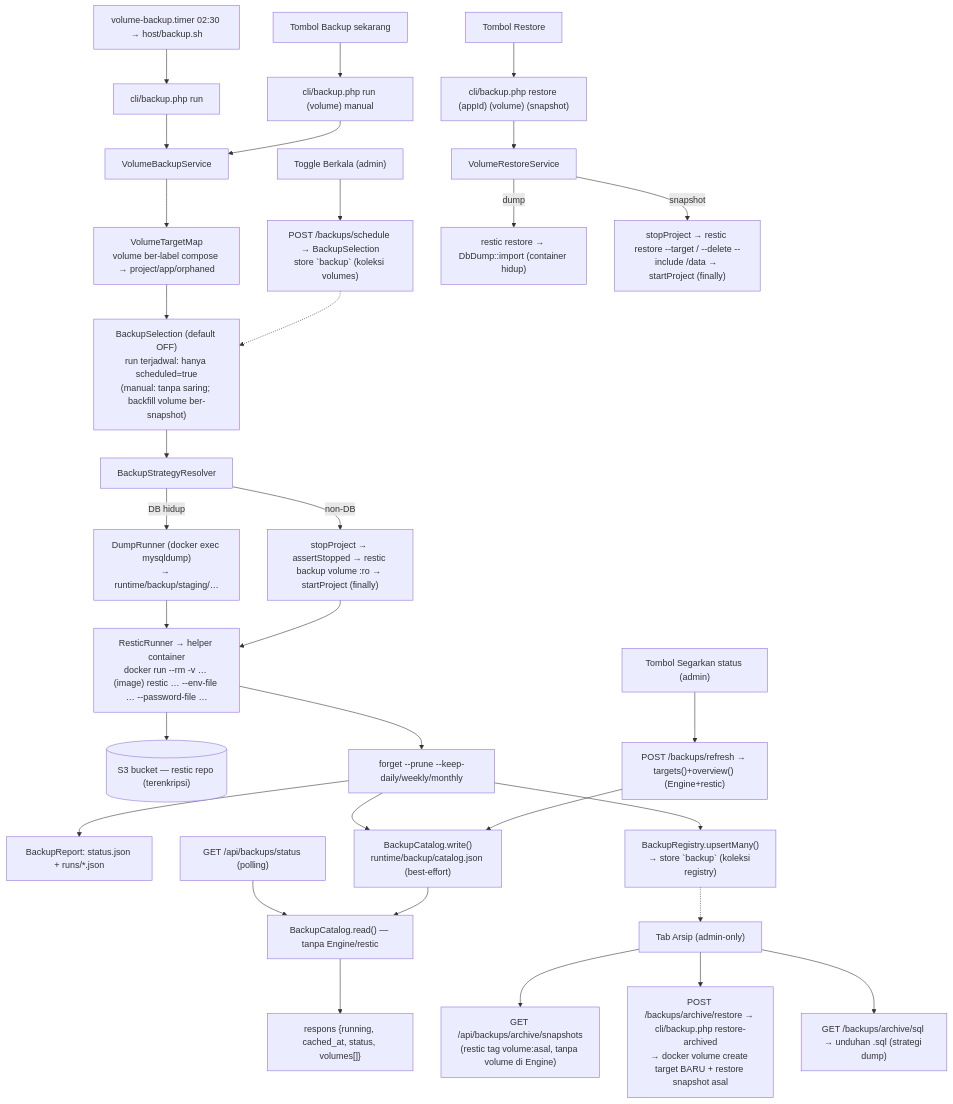
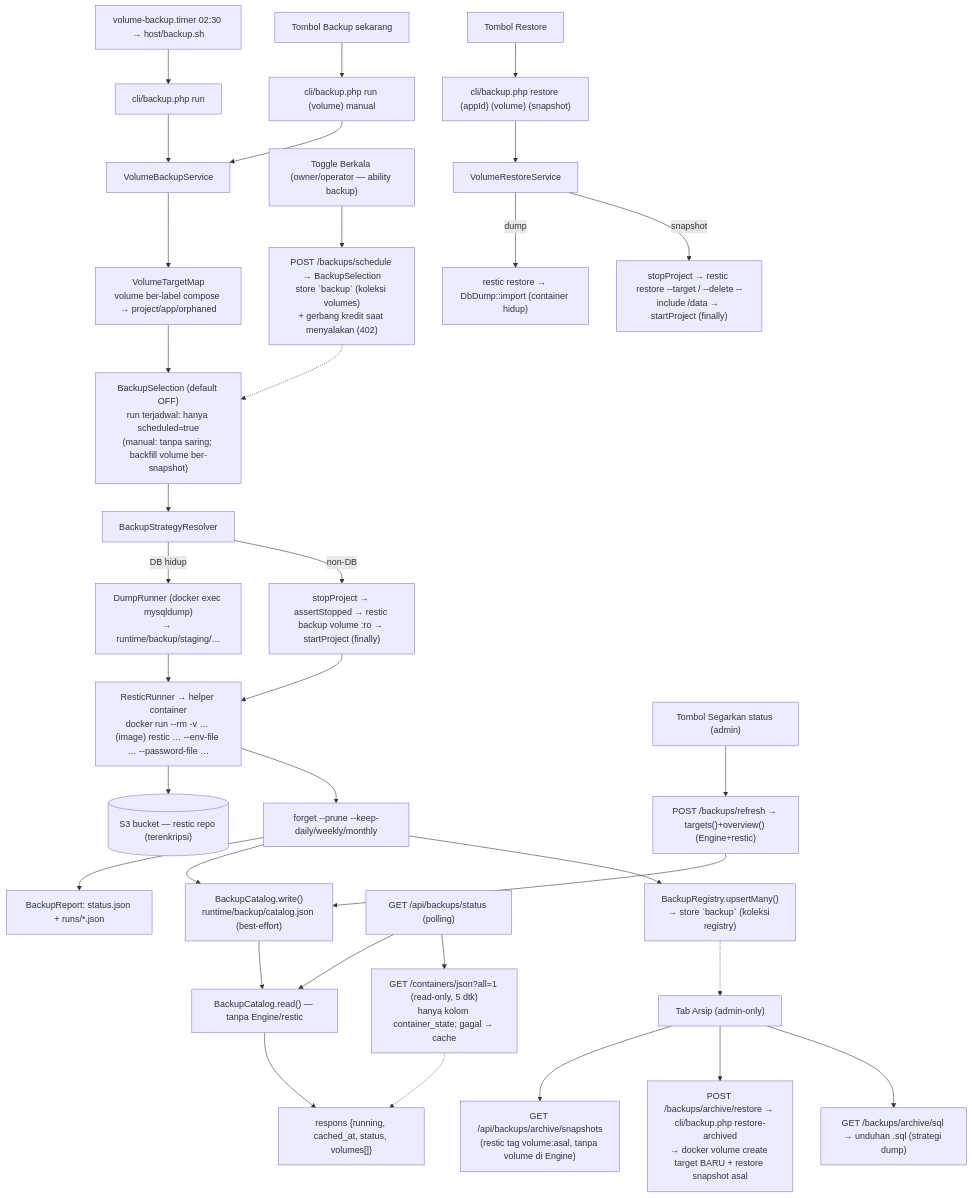
Before and after one commit to yllumi/rames: the fifth of 9 diagrams in ARCHITECTURE.md, drawn with Mermaid. The commit also changed other lines of this file and 40 other files, not shown here.

````diff
--- a/ARCHITECTURE.md
+++ b/ARCHITECTURE.md
@@ -629,34 +630,36 @@
 ```mermaid
 flowchart TD
     T["volume-backup.timer 02:30 → host/backup.sh"] --> CLI["cli/backup.php run"]
     U[Tombol Backup sekarang] --> CLI2["cli/backup.php run (volume) manual"]
     R2[Tombol Restore] --> CLI3["cli/backup.php restore (appId) (volume) (snapshot)"]
     CLI --> SVC[VolumeBackupService]
     CLI2 --> SVC
     SVC --> TGT["VolumeTargetMap<br/>volume ber-label compose → project/app/orphaned"]
     TGT --> SELF["BackupSelection (default OFF)<br/>run terjadwal: hanya scheduled=true<br/>(manual: tanpa saring; backfill volume ber-snapshot)"]
     SELF --> RES[BackupStrategyResolver]
     RES -- "DB hidup" --> DUMP["DumpRunner (docker exec mysqldump)<br/>→ runtime/backup/staging/…"]
     RES -- "non-DB" --> SNAP["stopProject → assertStopped → restic backup volume :ro → startProject (finally)"]
     DUMP --> REST["ResticRunner → helper container<br/>docker run --rm -v … (image) restic … --env-file … --password-file …"]
     SNAP --> REST
     REST --> S3[("S3 bucket — restic repo (terenkripsi)")]
     REST --> FORGET["forget --prune --keep-daily/weekly/monthly"]
     FORGET --> REP["BackupReport: status.json + runs/*.json"]
     FORGET --> CATW["BackupCatalog.write()<br/>runtime/backup/catalog.json (best-effort)"]
     RF["Tombol Segarkan status (admin)"] --> REF["POST /backups/refresh → targets()+overview() (Engine+restic)"]
     REF --> CATW
     ST["GET /api/backups/status (polling)"] --> CAT["BackupCatalog.read() — tanpa Engine/restic"]
+    ST --> LIVE["GET /containers/json?all=1 (read-only, 5 dtk)<br/>hanya kolom container_state; gagal → cache"]
     CATW --> CAT
     CAT --> RESP["respons {running, cached_at, status, volumes[]}"]
-    SCH["Toggle Berkala (admin)"] --> SELW["POST /backups/schedule → BackupSelection<br/>store `backup` (koleksi volumes)"]
+    LIVE -.-> RESP
+    SCH["Toggle Berkala (owner/operator — ability backup)"] --> SELW["POST /backups/schedule → BackupSelection<br/>store `backup` (koleksi volumes)<br/>+ gerbang kredit saat menyalakan (402)"]
     SELW -.-> SELF
     CLI3 --> RSVC[VolumeRestoreService]
     RSVC -- dump --> IMP["restic restore → DbDump::import (container hidup)"]
     RSVC -- snapshot --> RS["stopProject → restic restore --target / --delete --include /data → startProject (finally)"]
     FORGET --> REGW["BackupRegistry.upsertMany()<br/>→ store `backup` (koleksi registry)"]
     AR["Tab Arsip (admin-only)"] --> ASN["GET /api/backups/archive/snapshots<br/>(restic tag volume:asal, tanpa volume di Engine)"]
     AR --> ACR["POST /backups/archive/restore → cli/backup.php restore-archived<br/>→ docker volume create target BARU + restore snapshot asal"]
     AR --> AQL["GET /backups/archive/sql → unduhan .sql (strategi dump)"]
     REGW -.-> AR
 ```
````
